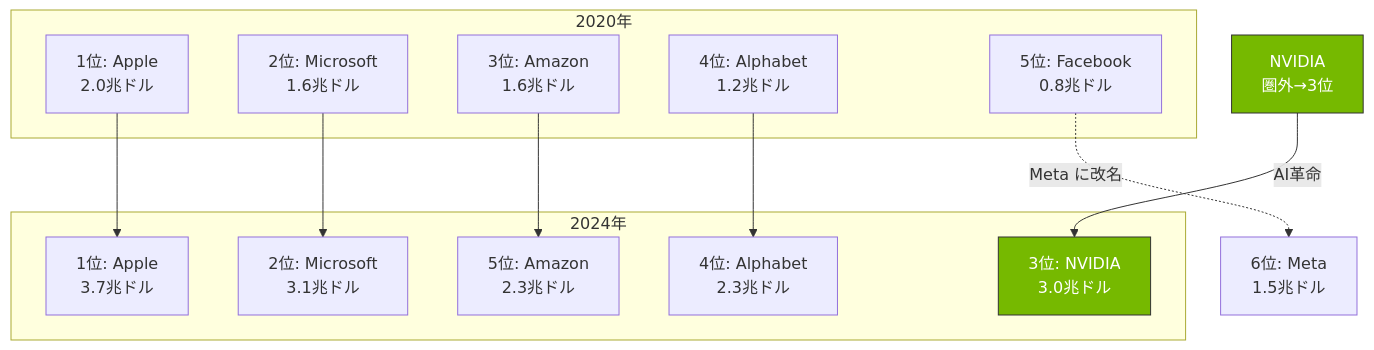
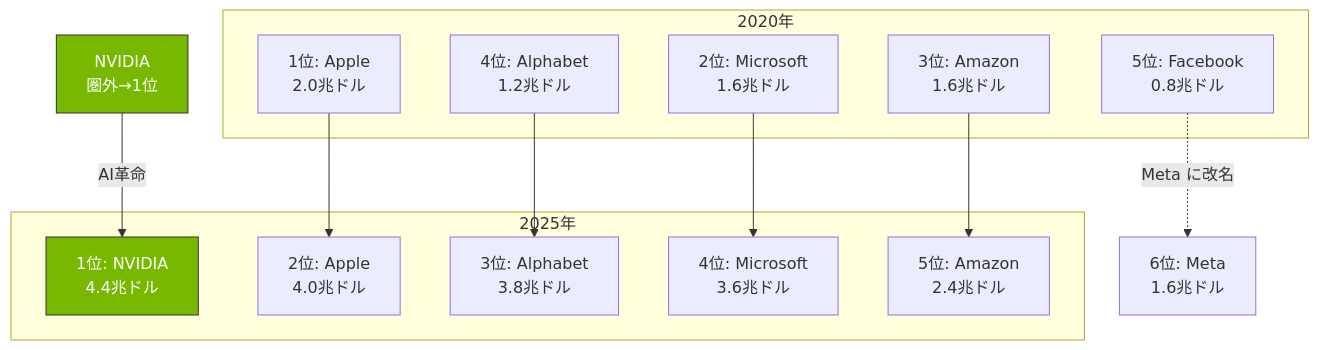
One commit to yasuhisa1984/blog changed the first of 4 diagrams in content/posts/it-company-power-ranking.md. Above: the diagram before and after it, drawn with Mermaid. The commit also changed other lines of this file, not shown here.

````diff
--- a/content/posts/it-company-power-ranking.md
+++ b/content/posts/it-company-power-ranking.md
@@ -58,29 +63,29 @@
 ```mermaid
 graph TD
     subgraph "2020年"
         A1[1位: Apple<br/>2.0兆ドル]
         A2[2位: Microsoft<br/>1.6兆ドル]
         A3[3位: Amazon<br/>1.6兆ドル]
         A4[4位: Alphabet<br/>1.2兆ドル]
         A5[5位: Facebook<br/>0.8兆ドル]
     end
 
-    subgraph "2024年"
-        B1[1位: Apple<br/>3.7兆ドル]
-        B2[2位: Microsoft<br/>3.1兆ドル]
-        B3[3位: NVIDIA<br/>3.0兆ドル]
-        B4[4位: Alphabet<br/>2.3兆ドル]
-        B5[5位: Amazon<br/>2.3兆ドル]
+    subgraph "2025年"
+        B1[1位: NVIDIA<br/>4.4兆ドル]
+        B2[2位: Apple<br/>4.0兆ドル]
+        B3[3位: Alphabet<br/>3.8兆ドル]
+        B4[4位: Microsoft<br/>3.6兆ドル]
+        B5[5位: Amazon<br/>2.4兆ドル]
     end
 
-    A1 --> B1
-    A2 --> B2
+    A1 --> B2
+    A2 --> B4
     A3 --> B5
-    A4 --> B4
-    A5 -.->|Meta に改名| B6[6位: Meta<br/>1.5兆ドル]
+    A4 --> B3
+    A5 -.->|Meta に改名| B6[6位: Meta<br/>1.6兆ドル]
 
-    N[NVIDIA<br/>圏外→3位] -->|AI革命| B3
+    N[NVIDIA<br/>圏外→1位] -->|AI革命| B1
 
-    style B3 fill:#76b900,stroke:#333,color:#fff
+    style B1 fill:#76b900,stroke:#333,color:#fff
     style N fill:#76b900,stroke:#333,color:#fff
 ```
````
